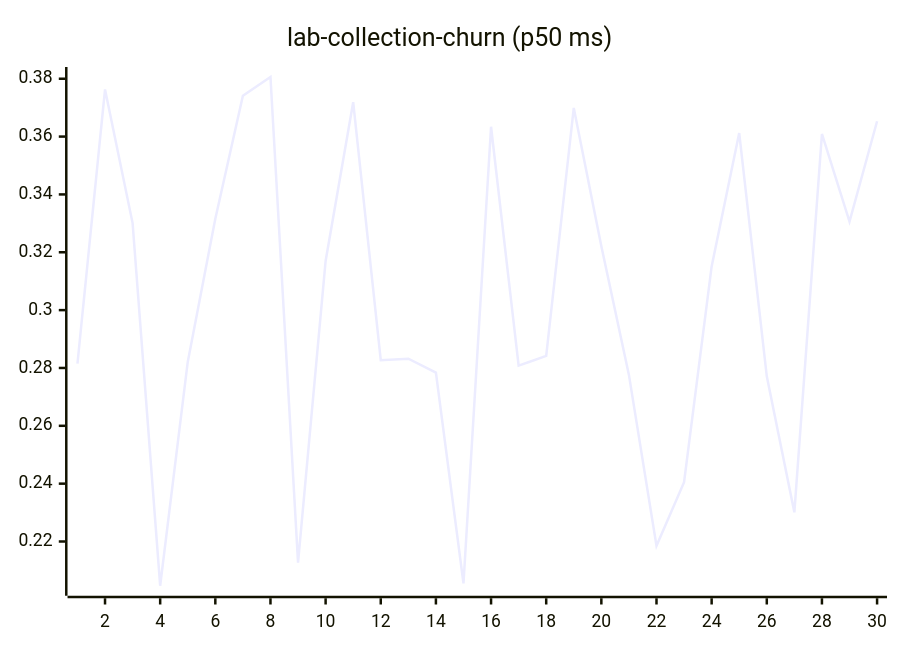
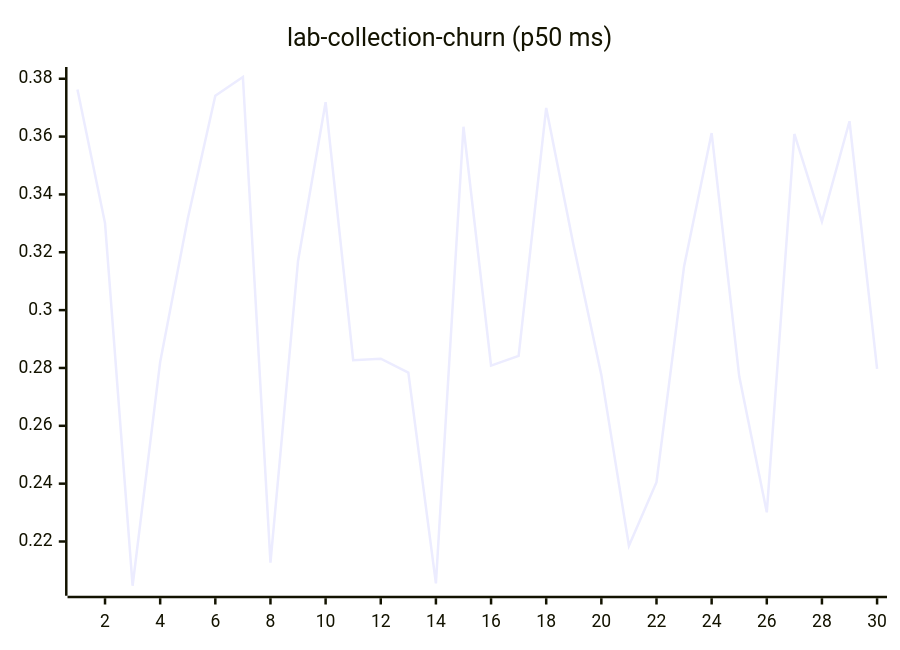
Diagram 11 of 27 in README.md (josha/Facet), drawn with Mermaid before and after one commit. The commit also changed other lines of this file and 2 other files, not shown here.

````diff
--- a/README.md
+++ b/README.md
@@ -133,6 +133,6 @@
 ```mermaid
 xychart-beta
     title "lab-collection-churn (p50 ms)"
     x-axis 1 --> 30
-    line [0.2815, 0.3763, 0.3301, 0.2047, 0.2821, 0.3316, 0.3741, 0.3806, 0.2127, 0.3170, 0.3719, 0.2827, 0.2832, 0.2784, 0.2055, 0.3634, 0.2808, 0.2842, 0.3699, 0.3221, 0.2776, 0.2185, 0.2405, 0.3151, 0.3612, 0.2771, 0.2301, 0.3609, 0.3306, 0.3653]
+    line [0.3763, 0.3301, 0.2047, 0.2821, 0.3316, 0.3741, 0.3806, 0.2127, 0.3170, 0.3719, 0.2827, 0.2832, 0.2784, 0.2055, 0.3634, 0.2808, 0.2842, 0.3699, 0.3221, 0.2776, 0.2185, 0.2405, 0.3151, 0.3612, 0.2771, 0.2301, 0.3609, 0.3306, 0.3653, 0.2797]
 ```
````
